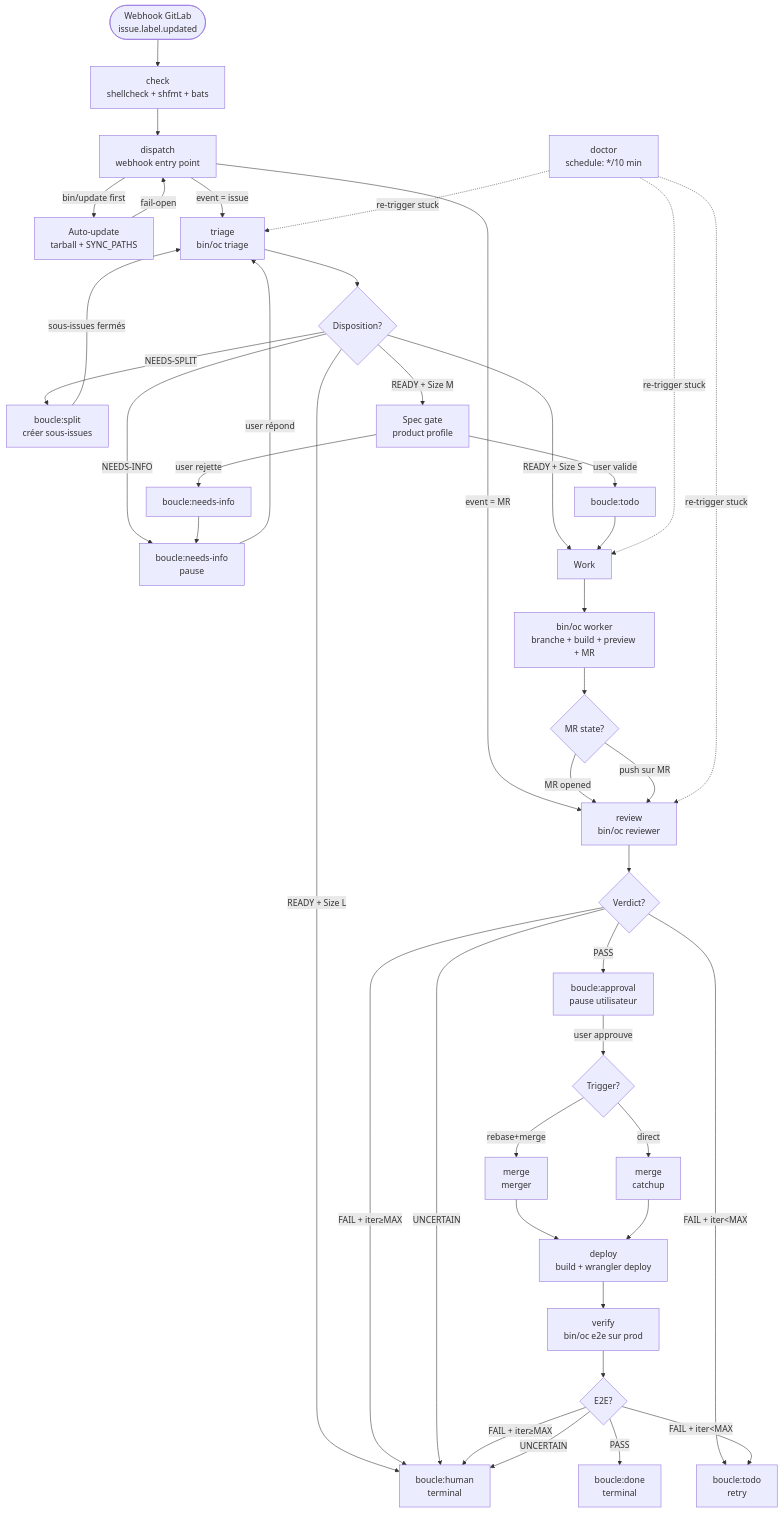
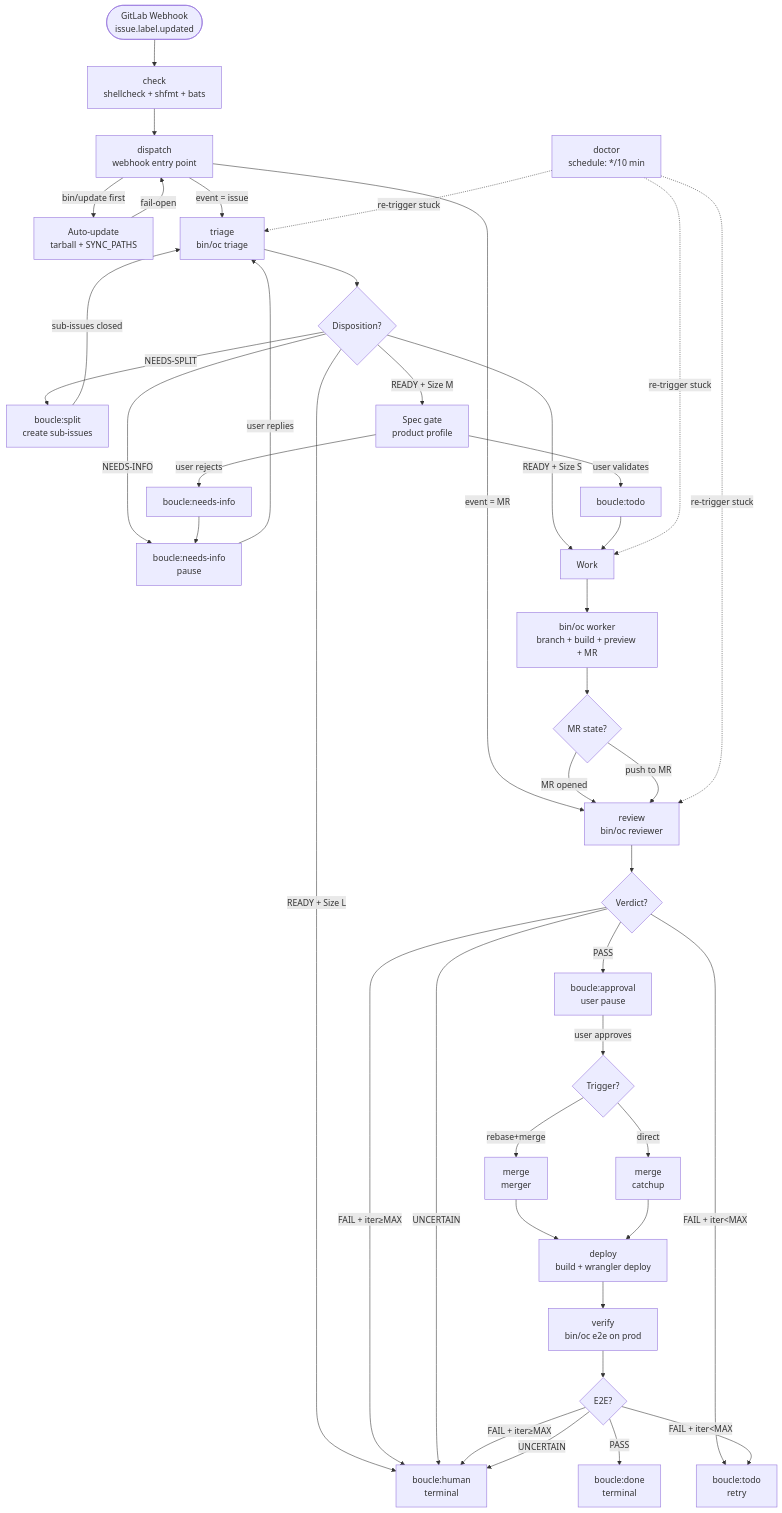
The second of 5 diagrams in ARCHITECTURE.md (ankaboot-source/boucle), drawn with Mermaid before and after one commit. The commit also changed other lines of this file, not shown here.

First line of the commit message:
docs: translate ARCHITECTURE.md to English

````diff
--- a/ARCHITECTURE.md
+++ b/ARCHITECTURE.md
@@ -116,56 +116,56 @@
 ```mermaid
 flowchart TD
-    Start([Webhook GitLab<br/>issue.label.updated]) --> Check[check<br/>shellcheck + shfmt + bats]
+    Start([GitLab Webhook<br/>issue.label.updated]) --> Check[check<br/>shellcheck + shfmt + bats]
     Check --> Dispatch[dispatch<br/>webhook entry point]
 
     Dispatch -->|bin/update first| UpdateJob[Auto-update<br/>tarball + SYNC_PATHS]
     UpdateJob -->|fail-open| Dispatch
 
     Dispatch -->|event = issue| Triage[triage<br/>bin/oc triage]
     Dispatch -->|event = MR| Review[review<br/>bin/oc reviewer]
 
     Triage --> Disposition{Disposition?}
     Disposition -->|READY + Size L| Human[boucle:human<br/>terminal]
     Disposition -->|NEEDS-INFO| NeedsInfo[boucle:needs-info<br/>pause]
-    Disposition -->|NEEDS-SPLIT| Split[boucle:split<br/>créer sous-issues]
+    Disposition -->|NEEDS-SPLIT| Split[boucle:split<br/>create sub-issues]
     Disposition -->|READY + Size M| SpecGate[Spec gate<br/>product profile]
     Disposition -->|READY + Size S| Work
 
-    SpecGate -->|user valide| SpecDone[boucle:todo]
-    SpecGate -->|user rejette| SpecReject[boucle:needs-info]
+    SpecGate -->|user validates| SpecDone[boucle:todo]
+    SpecGate -->|user rejects| SpecReject[boucle:needs-info]
     SpecDone --> Work
     SpecReject --> NeedsInfo
 
-    NeedsInfo -->|user répond| Triage
-    Split -->|sous-issues fermés| Triage
+    NeedsInfo -->|user replies| Triage
+    Split -->|sub-issues closed| Triage
 
-    Work --> PRWorker[bin/oc worker<br/>branche + build + preview + MR]
+    Work --> PRWorker[bin/oc worker<br/>branch + build + preview + MR]
     PRWorker --> MRState{MR state?}
 
     MRState -->|MR opened| Review
-    MRState -->|push sur MR| Review
+    MRState -->|push to MR| Review
 
     Review --> Verdict{Verdict?}
-    Verdict -->|PASS| Approval[boucle:approval<br/>pause utilisateur]
+    Verdict -->|PASS| Approval[boucle:approval<br/>user pause]
     Verdict -->|FAIL + iter&lt;MAX| Retry[boucle:todo<br/>retry]
     Verdict -->|FAIL + iter≥MAX| Human
     Verdict -->|UNCERTAIN| Human
 
-    Approval -->|user approuve| Merger{Trigger?}
+    Approval -->|user approves| Merger{Trigger?}
     Merger -->|rebase+merge| MergeJob[merge<br/>merger]
     Merger -->|direct| CatchupJob[merge<br/>catchup]
 
     MergeJob --> Deploy[deploy<br/>build + wrangler deploy]
     CatchupJob --> Deploy
 
-    Deploy --> E2eJob[verify<br/>bin/oc e2e sur prod]
+    Deploy --> E2eJob[verify<br/>bin/oc e2e on prod]
     E2eJob --> E2eVerdict{E2E?}
     E2eVerdict -->|PASS| Done[boucle:done<br/>terminal]
     E2eVerdict -->|FAIL + iter&lt;MAX| Retry
     E2eVerdict -->|FAIL + iter≥MAX| Human
     E2eVerdict -->|UNCERTAIN| Human
 
     DoctorSched[doctor<br/>schedule: */10 min] -.->|re-trigger stuck| Triage
     DoctorSched -.->|re-trigger stuck| Work
     DoctorSched -.->|re-trigger stuck| Review
 ```
````
